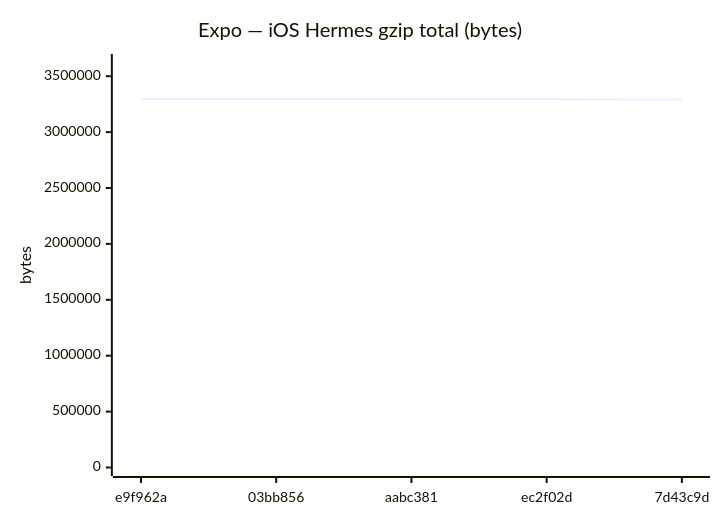
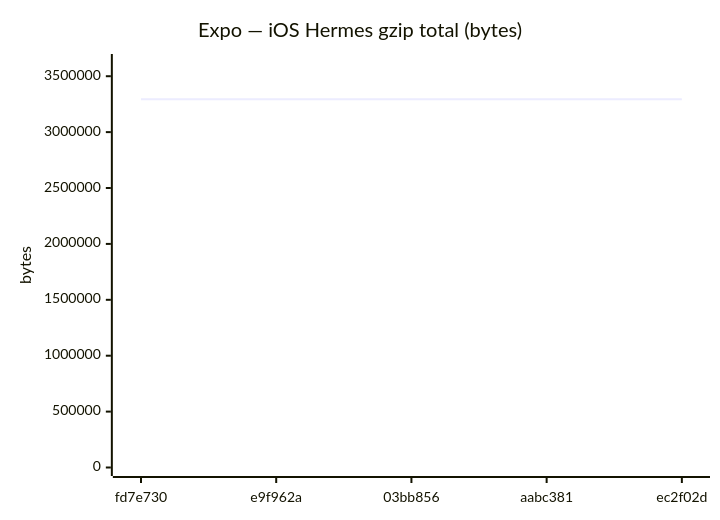
Diagram 12 of 18 in benchmarks/compare.md (Metaheurist/Rianell), drawn with Mermaid before and after one commit. The commit also changed other lines of this file and 11 other files, not shown here.

````diff
--- a/benchmarks/compare.md
+++ b/benchmarks/compare.md
@@ -179,7 +179,7 @@
 ```mermaid
 xychart-beta
     title "Expo — iOS Hermes gzip total (bytes)"
-    x-axis ["e9f962a", "03bb856", "aabc381", "ec2f02d", "7d43c9d"]
+    x-axis ["fd7e730", "e9f962a", "03bb856", "aabc381", "ec2f02d"]
     y-axis "bytes" 0 --> 3622750
-    line [3293198, 3293200, 3293409, 3293314, 3291396]
+    line [3293199, 3293198, 3293200, 3293409, 3293314]
 ```
````
